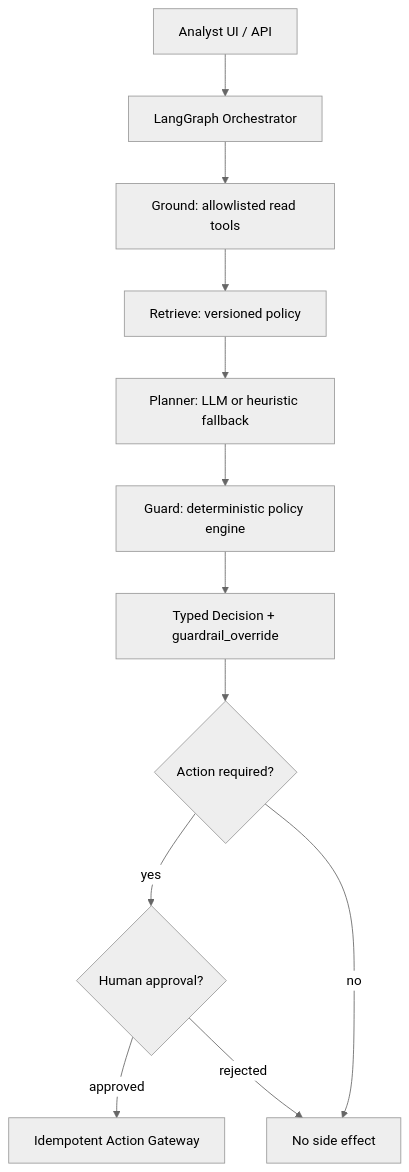
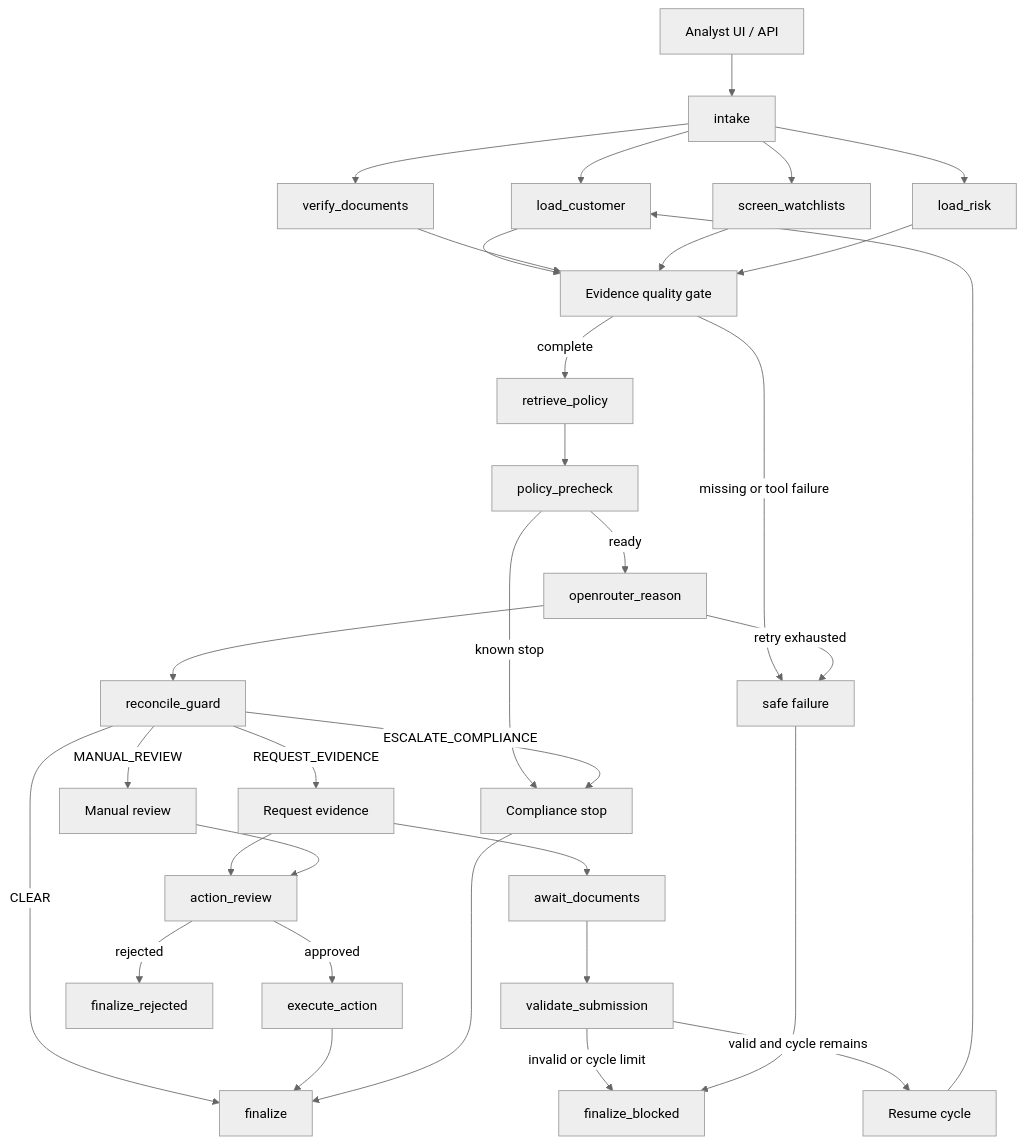
The diagram in docs/ARCHITECTURE.md (vmthanh/kyc-agent-demo), drawn with Mermaid (neutral theme) before and after one commit. The commit also changed other lines of this file and 8 other files, not shown here.

````diff
--- a/docs/ARCHITECTURE.md
+++ b/docs/ARCHITECTURE.md
@@ -5,14 +5,35 @@
 ```mermaid
 flowchart TB
-  UI[Analyst UI / API] --> O[LangGraph Orchestrator]
-  O --> G[Ground: allowlisted read tools]
-  G --> R[Retrieve: versioned policy]
-  R --> M[Planner: LLM or heuristic fallback]
-  M --> P[Guard: deterministic policy engine]
-  P --> D[Typed Decision + guardrail_override]
-  D --> H{Action required?}
-  H -->|yes| A{Human approval?}
-  A -->|approved| X[Idempotent Action Gateway]
-  A -->|rejected| N[No side effect]
-  H -->|no| N
+  UI[Analyst UI / API] --> I[intake]
+  I --> G1[load_customer]
+  I --> G2[verify_documents]
+  I --> G3[screen_watchlists]
+  I --> G4[load_risk]
+  G1 --> E[Evidence quality gate]
+  G2 --> E
+  G3 --> E
+  G4 --> E
+  E -->|complete| R[retrieve_policy]
+  E -->|missing or tool failure| F[safe failure]
+  R --> P[policy_precheck]
+  P -->|known stop| C[Compliance stop]
+  P -->|ready| O[openrouter_reason]
+  O -->|retry exhausted| F
+  O --> Q[reconcile_guard]
+  Q -->|REQUEST_EVIDENCE| D[Request evidence]
+  Q -->|MANUAL_REVIEW| M[Manual review]
+  Q -->|ESCALATE_COMPLIANCE| C
+  Q -->|CLEAR| Z[finalize]
+  D --> A[action_review]
+  M --> A
+  A -->|approved| X[execute_action]
+  A -->|rejected| ZR[finalize_rejected]
+  X --> Z
+  D --> W[await_documents]
+  W --> V[validate_submission]
+  V -->|valid and cycle remains| L[Resume cycle]
+  L --> G1
+  V -->|invalid or cycle limit| B[finalize_blocked]
+  F --> B
+  C --> Z
 ```
````
